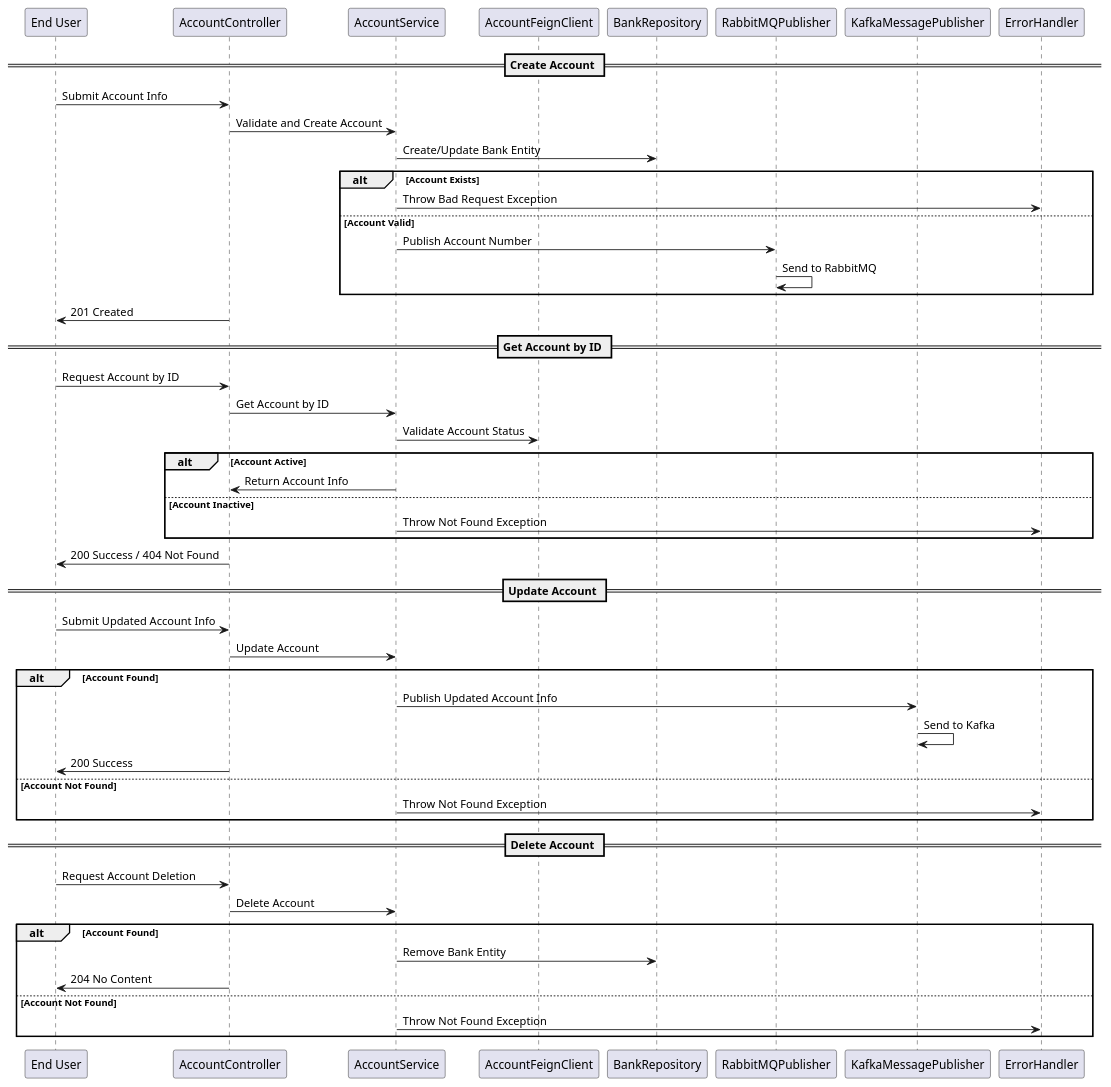
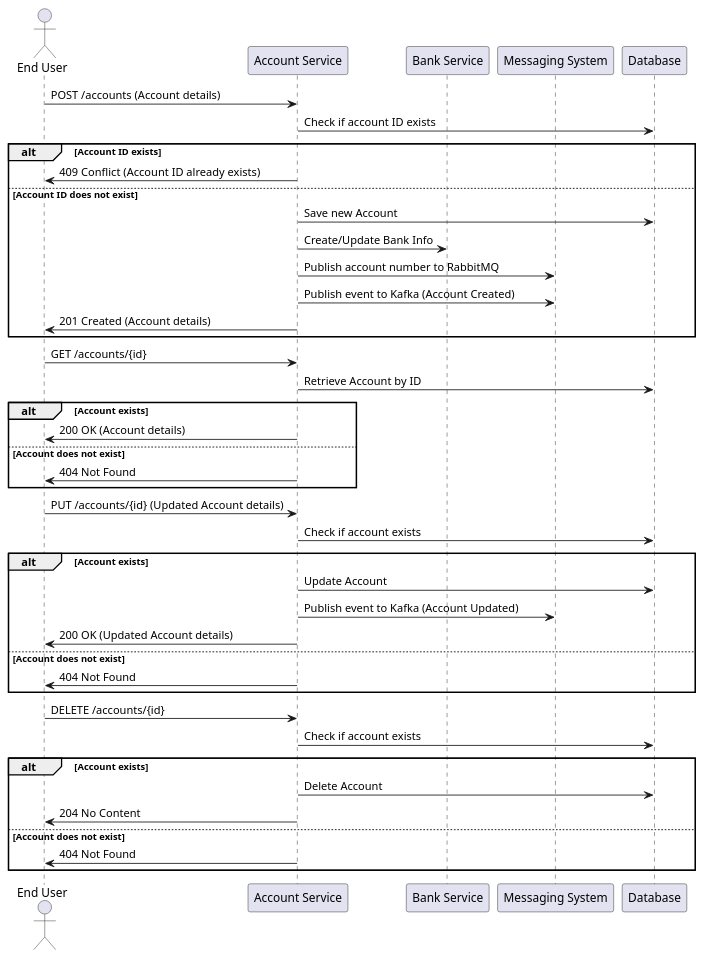
One commit to Bhaskar-Pavan/AccountService changed the diagram in design_document/AccountService.md. Above: the diagram before and after it, drawn with PlantUML. The commit also changed other lines of this file, not shown here.

````diff
--- a/design_document/AccountService.md
+++ b/design_document/AccountService.md
@@ -37,57 +57,50 @@
 ```plantuml
 @startuml
-participant "End User" as User
-participant "AccountController" as Controller
-participant "AccountService" as Service
-participant "AccountFeignClient" as FeignClient
-participant "BankRepository" as BankRepo
-participant "RabbitMQPublisher" as RabbitMQ
-participant "KafkaMessagePublisher" as Kafka
-participant "ErrorHandler" as ErrorHandler
 
-== Create Account ==
-User -> Controller : Submit Account Info
-Controller -> Service : Validate and Create Account
-Service -> BankRepo : Create/Update Bank Entity
-alt Account Exists
-    Service -> ErrorHandler : Throw Bad Request Exception
-else Account Valid
-    Service -> RabbitMQ : Publish Account Number
-    RabbitMQ -> RabbitMQ : Send to RabbitMQ
-end
-Controller -> User : 201 Created
+actor "End User" as User
+participant "Account Service" as AccountService
+participant "Bank Service" as BankService
+participant "Messaging System" as MessagingSystem
+participant "Database" as Database
 
-== Get Account by ID ==
-User -> Controller : Request Account by ID
-Controller -> Service : Get Account by ID
-Service -> FeignClient : Validate Account Status
-alt Account Active
-    Service -> Controller : Return Account Info
-else Account Inactive
-    Service -> ErrorHandler : Throw Not Found Exception
-end
-Controller -> User : 200 Success / 404 Not Found
-
-== Update Account ==
-User -> Controller : Submit Updated Account Info
-Controller -> Service : Update Account
-alt Account Found
-    Service -> Kafka : Publish Updated Account Info
-    Kafka -> Kafka : Send to Kafka
-    Controller -> User : 200 Success
-else Account Not Found
-    Service -> ErrorHandler : Throw Not Found Exception
+User -> AccountService : POST /accounts (Account details)
+AccountService -> Database : Check if account ID exists
+alt Account ID exists
+    AccountService -> User : 409 Conflict (Account ID already exists)
+else Account ID does not exist
+    AccountService -> Database : Save new Account
+    AccountService -> BankService : Create/Update Bank Info
+    AccountService -> MessagingSystem : Publish account number to RabbitMQ
+    AccountService -> MessagingSystem : Publish event to Kafka (Account Created)
+    AccountService -> User : 201 Created (Account details)
 end
 
-== Delete Account ==
-User -> Controller : Request Account Deletion
-Controller -> Service : Delete Account
-alt Account Found
-    Service -> BankRepo : Remove Bank Entity
-    Controller -> User : 204 No Content
-else Account Not Found
-    Service -> ErrorHandler : Throw Not Found Exception
+User -> AccountService : GET /accounts/{id}
+AccountService -> Database : Retrieve Account by ID
+alt Account exists
+    AccountService -> User : 200 OK (Account details)
+else Account does not exist
+    AccountService -> User : 404 Not Found
+end
+
+User -> AccountService : PUT /accounts/{id} (Updated Account details)
+AccountService -> Database : Check if account exists
+alt Account exists
+    AccountService -> Database : Update Account
+    AccountService -> MessagingSystem : Publish event to Kafka (Account Updated)
+    AccountService -> User : 200 OK (Updated Account details)
+else Account does not exist
+    AccountService -> User : 404 Not Found
+end
+
+User -> AccountService : DELETE /accounts/{id}
+AccountService -> Database : Check if account exists
+alt Account exists
+    AccountService -> Database : Delete Account
+    AccountService -> User : 204 No Content
+else Account does not exist
+    AccountService -> User : 404 Not Found
 end
 
 @enduml
 ```
````
